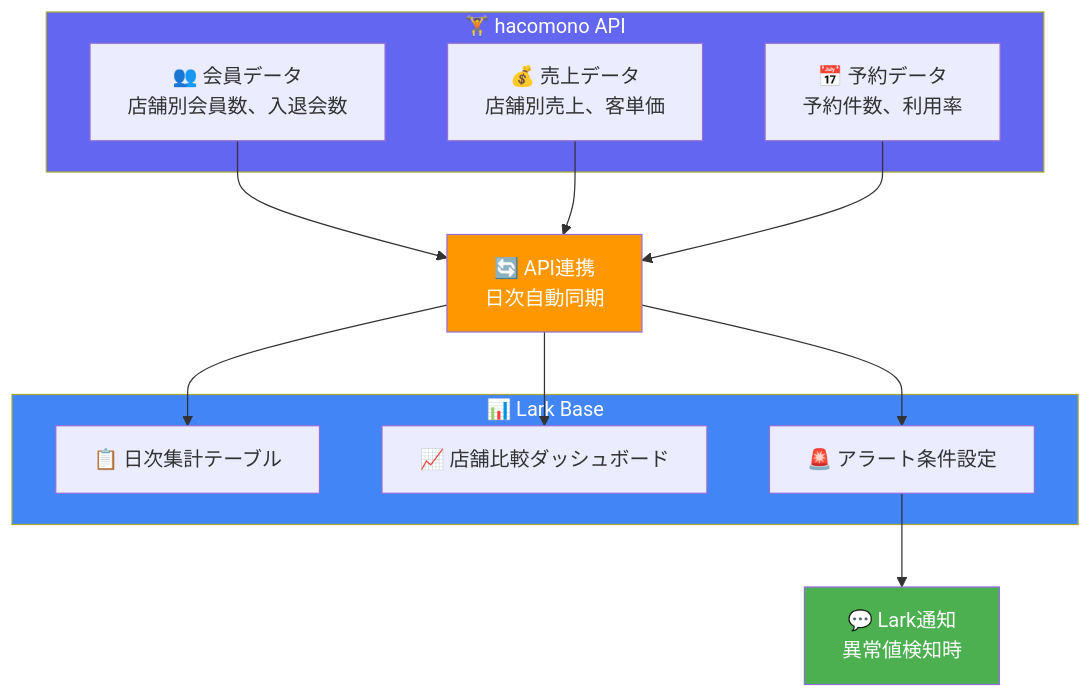
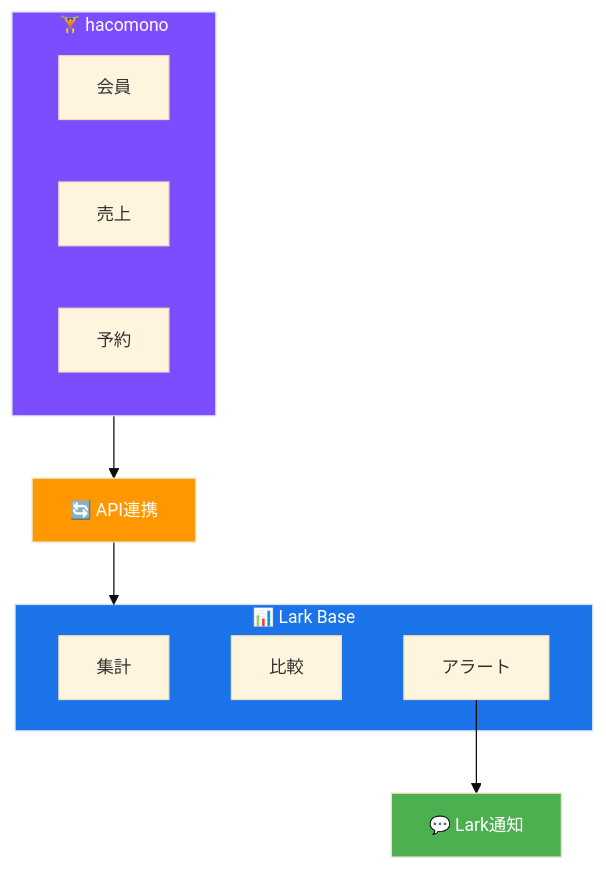
Diagram 15 of 15 in docs/FITPLACE_LARK_PROPOSAL.md (PLark-droid/lark-proposal), drawn with Mermaid before and after one commit. The commit also changed other lines of this file, not shown here.

First line of the commit message:
docs: optimize Mermaid diagrams for Google Docs

````diff
--- a/docs/FITPLACE_LARK_PROPOSAL.md
+++ b/docs/FITPLACE_LARK_PROPOSAL.md
@@ -644,26 +577,27 @@
 ```mermaid
+%%{init: {'theme': 'base', 'themeVariables': { 'fontSize': '14px'}}}%%
 flowchart TB
-    subgraph hacomono["🏋️ hacomono API"]
-        H1["👥 会員データ<br/>店舗別会員数、入退会数"]
-        H2["💰 売上データ<br/>店舗別売上、客単価"]
-        H3["📅 予約データ<br/>予約件数、利用率"]
+    subgraph HC["🏋️ hacomono"]
+        H1["会員"]
+        H2["売上"]
+        H3["予約"]
     end
 
-    API["🔄 API連携<br/>日次自動同期"]
+    API["🔄 API連携"]
 
-    subgraph LarkBase["📊 Lark Base"]
-        L1["📋 日次集計テーブル"]
-        L2["📈 店舗比較ダッシュボード"]
-        L3["🚨 アラート条件設定"]
+    subgraph LB["📊 Lark Base"]
+        L1["集計"]
+        L2["比較"]
+        L3["アラート"]
     end
 
-    Notify["💬 Lark通知<br/>異常値検知時"]
+    NT["💬 Lark通知"]
 
-    H1 & H2 & H3 --> API --> L1 & L2 & L3
-    L3 --> Notify
+    HC --> API --> LB
+    L3 --> NT
 
-    style hacomono fill:#6366f1,color:#fff
+    style HC fill:#7c4dff,color:#fff
     style API fill:#ff9800,color:#fff
-    style LarkBase fill:#4285f4,color:#fff
-    style Notify fill:#4caf50,color:#fff
+    style LB fill:#1a73e8,color:#fff
+    style NT fill:#4caf50,color:#fff
 ```
````
